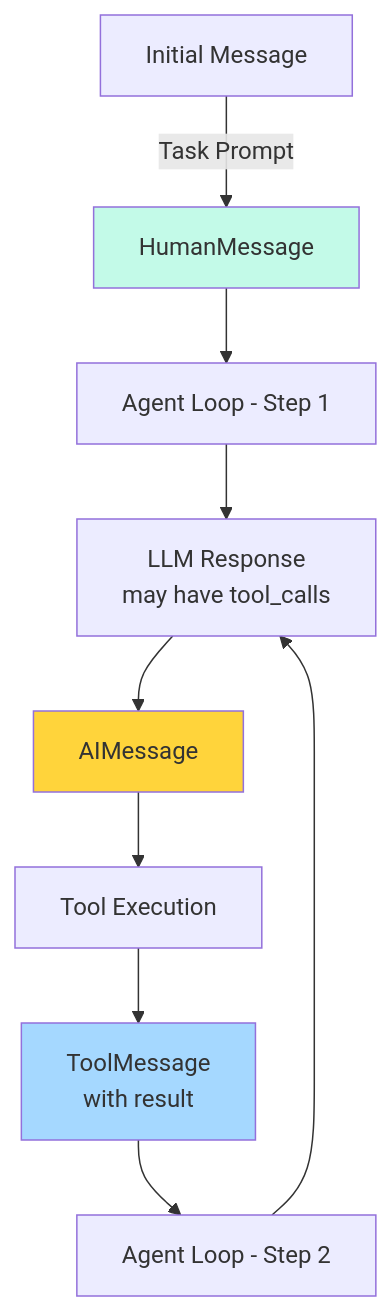
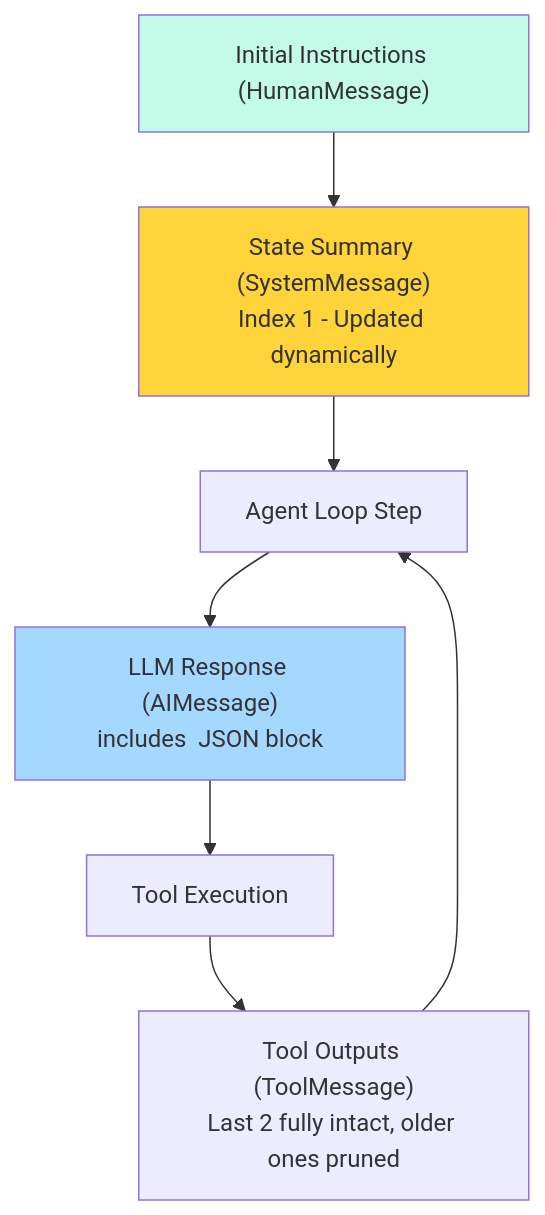
The sixth of 10 diagrams in browser_agent/code_explanation/agent_demo.md (netosis/resume_automator), drawn with Mermaid before and after one commit. The commit also changed other lines of this file and 10 other files, not shown here.

````diff
--- a/browser_agent/code_explanation/agent_demo.md
+++ b/browser_agent/code_explanation/agent_demo.md
@@ -157,15 +162,13 @@
 ```mermaid
 graph TD
-    A["Initial Message"] --> |Task Prompt| B["HumanMessage"]
-    B --> C["Agent Loop - Step 1"]
-    C --> D["LLM Response<br/>may have tool_calls"]
-    D --> E["AIMessage"]
-    E --> F["Tool Execution"]
-    F --> G["ToolMessage<br/>with result"]
-    G --> H["Agent Loop - Step 2"]
-    H --> D
+    A["Initial Instructions (HumanMessage)"] --> B["State Summary (SystemMessage)<br/>Index 1 - Updated dynamically"]
+    B --> C["Agent Loop Step"]
+    C --> D["LLM Response (AIMessage)<br/>includes <scratchpad> JSON block"]
+    D --> E["Tool Execution"]
+    E --> F["Tool Outputs (ToolMessage)<br/>Last 2 fully intact, older ones pruned"]
+    F --> C
     
-    style B fill:#c3fae8
-    style E fill:#ffd43b
-    style G fill:#a5d8ff
+    style A fill:#c3fae8
+    style B fill:#ffd43b
+    style D fill:#a5d8ff
 ```
````
